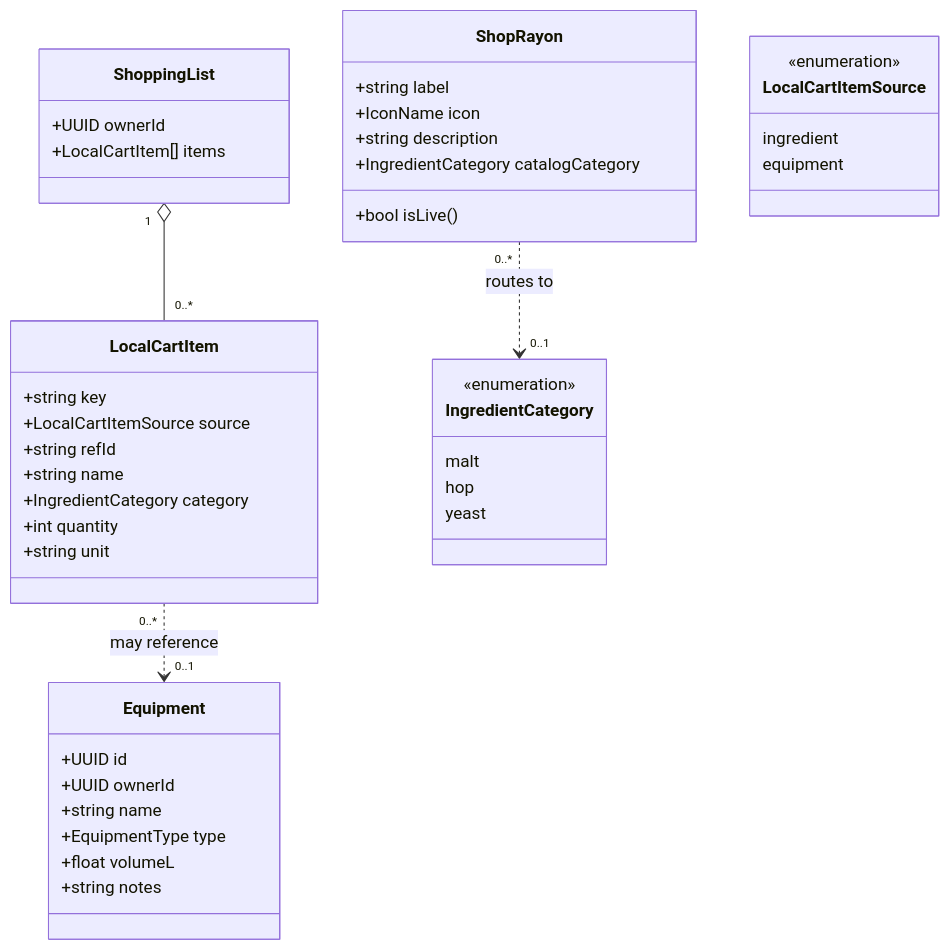
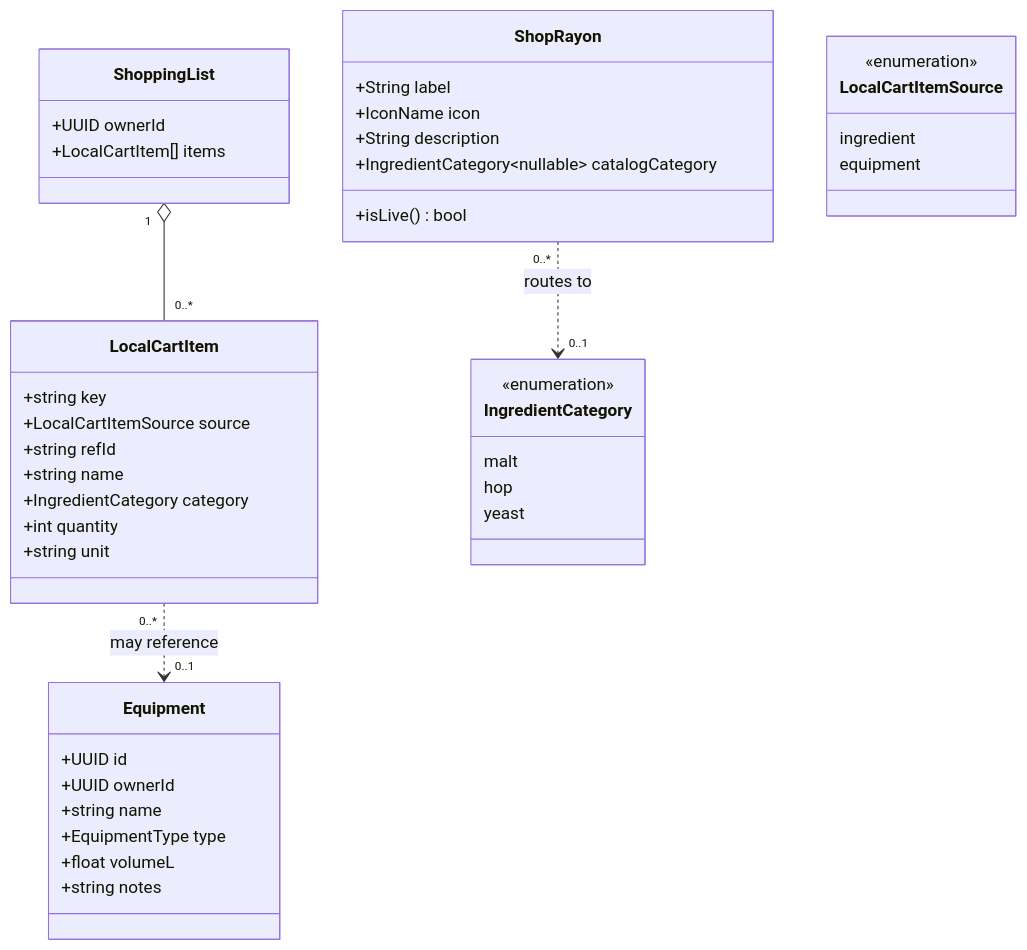
Before and after one commit to benoit-bremaud/brasse-bouillon: the diagram in docs/architecture/diagrams/equipment-shop/04-class.md, drawn with Mermaid. The commit also changed 3 other files, not shown here.

````diff
--- a/docs/architecture/diagrams/equipment-shop/04-class.md
+++ b/docs/architecture/diagrams/equipment-shop/04-class.md
@@ -21,49 +21,49 @@
 ```mermaid
 classDiagram
   class Equipment {
     +UUID id
     +UUID ownerId
     +string name
     +EquipmentType type
     +float volumeL
     +string notes
   }
 
   class ShopRayon {
-    +string label
+    +String label
     +IconName icon
-    +string description
-    +IngredientCategory catalogCategory
-    +bool isLive()
+    +String description
+    +IngredientCategory~nullable~ catalogCategory
+    +isLive() bool
   }
 
   class ShoppingList {
     +UUID ownerId
     +LocalCartItem[] items
   }
   class LocalCartItem {
     +string key
     +LocalCartItemSource source
     +string refId
     +string name
     +IngredientCategory category
     +int quantity
     +string unit
   }
 
   ShopRayon "0..*" ..> "0..1" IngredientCategory : routes to
   ShoppingList "1" o-- "0..*" LocalCartItem
   LocalCartItem "0..*" ..> "0..1" Equipment : may reference
 
   class IngredientCategory {
     <<enumeration>>
     malt
     hop
     yeast
   }
   class LocalCartItemSource {
     <<enumeration>>
     ingredient
     equipment
   }
 ```
````
